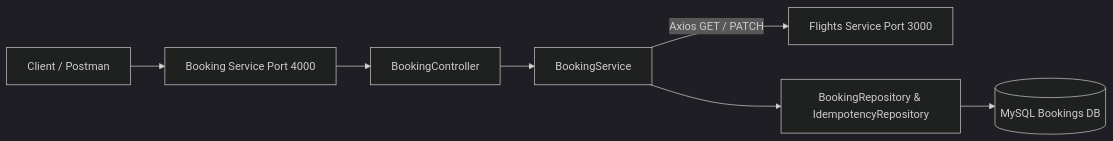
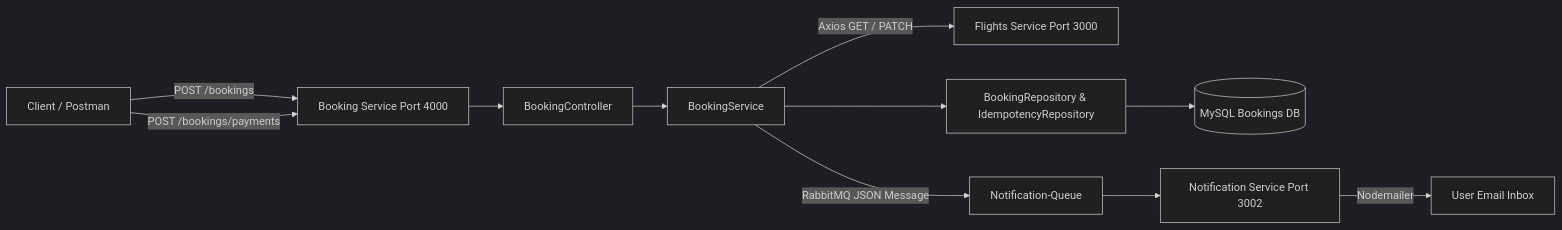
The diagram in README.md (Akshansh0519/Airline_Reservation_Service), drawn with Mermaid (dark theme) before and after one commit. The commit also changed other lines of this file and 5 other files, not shown here.

Commit message:
feat(payments): implement two-phase transactional payment verification and RabbitMQ notification dispatch

````diff
--- a/README.md
+++ b/README.md
@@ -7,9 +7,13 @@
 ```mermaid
 flowchart LR
-  Client[Client / Postman] --> App[Booking Service Port 4000]
+  Client[Client / Postman] -- POST /bookings --> App[Booking Service Port 4000]
+  Client -- POST /bookings/payments --> App
   App --> Controller[BookingController]
   Controller --> Service[BookingService]
   Service -- Axios GET / PATCH --> Flights[Flights Service Port 3000]
   Service --> Repo[BookingRepository & IdempotencyRepository]
   Repo --> DB[(MySQL Bookings DB)]
+  Service -- RabbitMQ JSON Message --> Queue[Notification-Queue]
+  Queue --> NotiService[Notification Service Port 3002]
+  NotiService -- Nodemailer --> Gmail[User Email Inbox]
 ```
````
